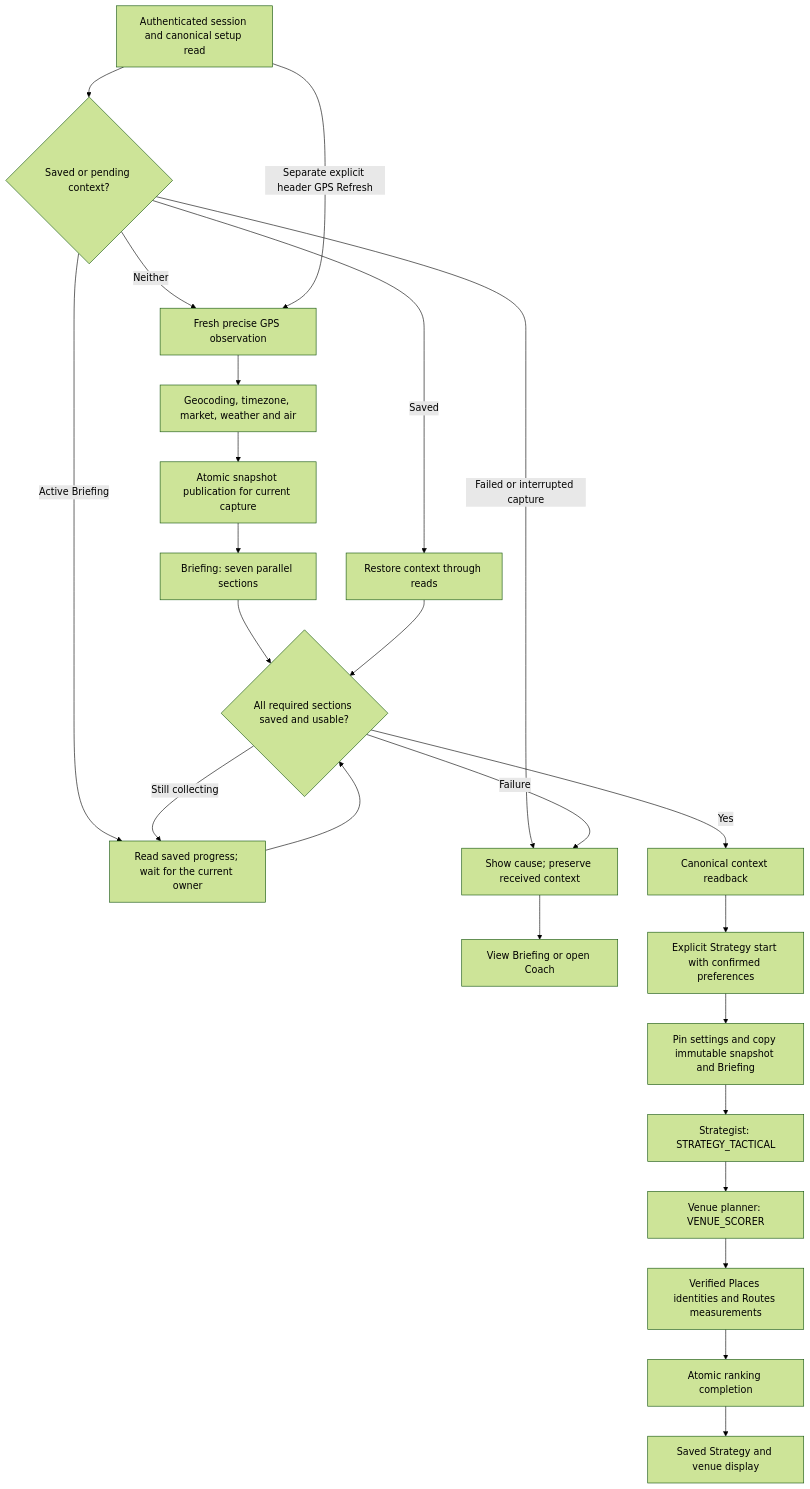
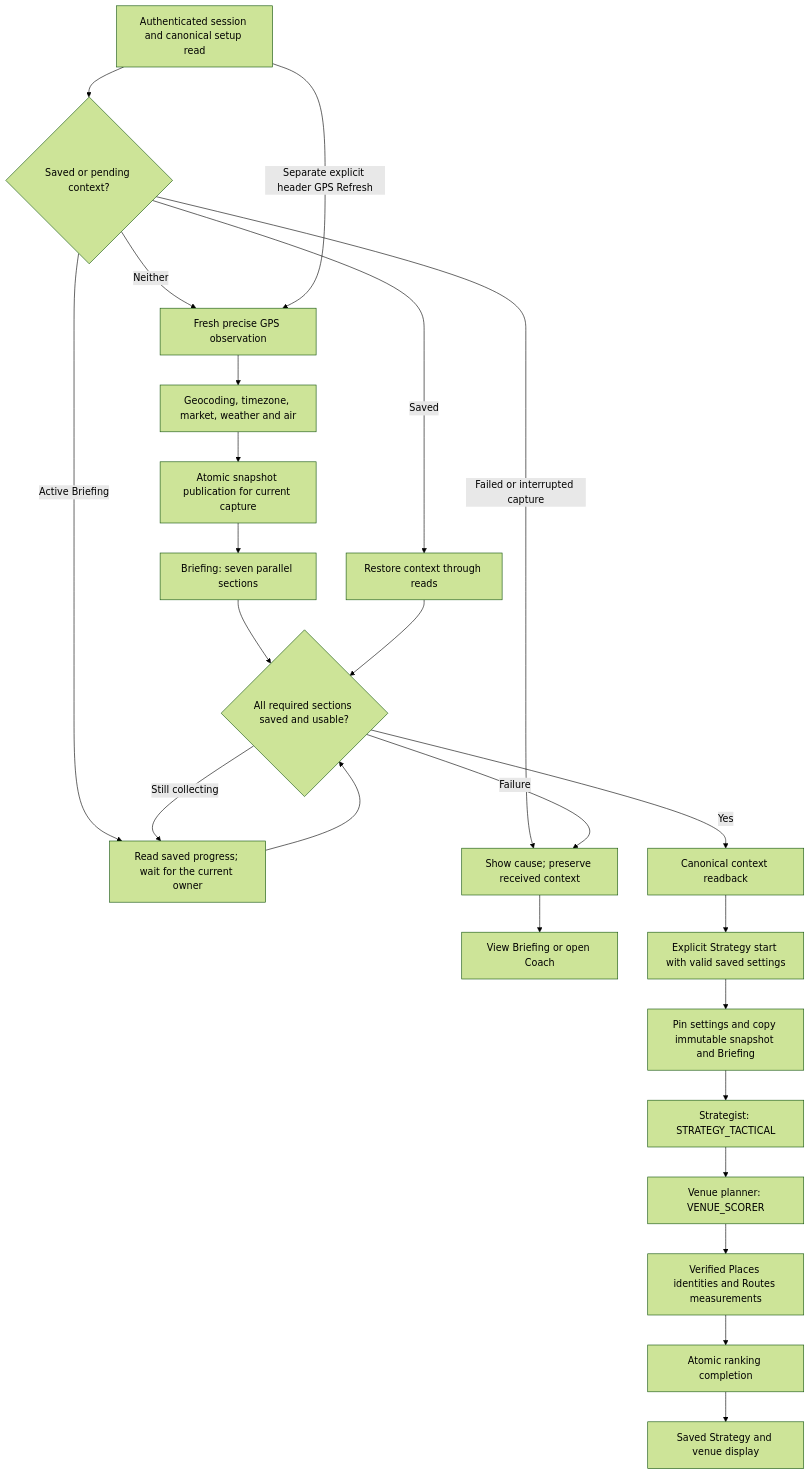
Before and after one commit to melodydashora/Vecto-Pilot: the diagram in docs/architecture/ai-pipeline.md, drawn with Mermaid (forest theme). The commit also changed other lines of this file and 118 other files, not shown here.

````diff
--- a/docs/architecture/ai-pipeline.md
+++ b/docs/architecture/ai-pipeline.md
@@ -11,26 +11,26 @@
 ```mermaid
 flowchart TD
   A[Authenticated session and canonical setup read] --> B{Saved or pending context?}
   B -->|Saved| R[Restore context through reads]
   B -->|Active Briefing| W[Read saved progress; wait for the current owner]
   B -->|Failed or interrupted capture| X[Show cause; preserve received context]
   B -->|Neither| D[Fresh precise GPS observation]
   X --> V[View Briefing or open Coach]
   A -->|Separate explicit header GPS Refresh| D
   D --> E[Geocoding, timezone, market, weather and air]
   E --> F[Atomic snapshot publication for current capture]
   F --> G[Briefing: seven parallel sections]
   G --> H{All required sections saved and usable?}
   H -->|Yes| Q[Canonical context readback]
   H -->|Still collecting| W
   H -->|Failure| X
   W --> H
   R --> H
-  Q --> C[Explicit Strategy start with confirmed preferences]
+  Q --> C[Explicit Strategy start with valid saved settings]
   C --> N[Pin settings and copy immutable snapshot and Briefing]
   N --> I[Strategist: STRATEGY_TACTICAL]
   I --> J[Venue planner: VENUE_SCORER]
   J --> K[Verified Places identities and Routes measurements]
   K --> L[Atomic ranking completion]
   L --> M[Saved Strategy and venue display]
 ```
````
